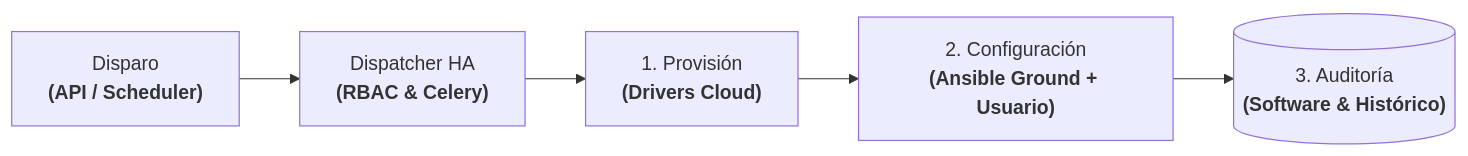
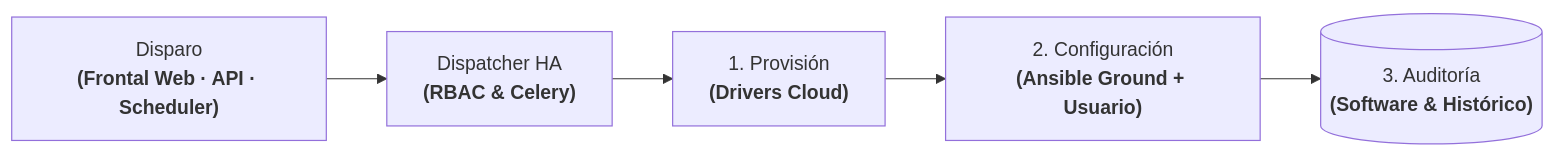
One commit to oredondo/oredondo.github.io changed the diagram in docs_es/projects/orion-iaas.md. Above: the diagram before and after it, drawn with Mermaid. The commit also changed other lines of this file and 1 other file, not shown here.

Commit message:
feat(orion-iaas): add user web frontend form as primary self-service trigger channel

````diff
--- a/docs_es/projects/orion-iaas.md
+++ b/docs_es/projects/orion-iaas.md
@@ -59,7 +59,7 @@
 ```mermaid
 flowchart LR
-    Trig["Disparo<br/><b>(API / Scheduler)</b>"] --> Disp["Dispatcher HA<br/><b>(RBAC & Celery)</b>"]
+    Trig["Disparo<br/><b>(Frontal Web · API · Scheduler)</b>"] --> Disp["Dispatcher HA<br/><b>(RBAC & Celery)</b>"]
     Disp --> Prov["1. Provisión<br/><b>(Drivers Cloud)</b>"]
     Prov --> Conf["2. Configuración<br/><b>(Ansible Ground + Usuario)</b>"]
     Conf --> Audit[("3. Auditoría<br/><b>(Software & Histórico)</b>")]
 ```
````
